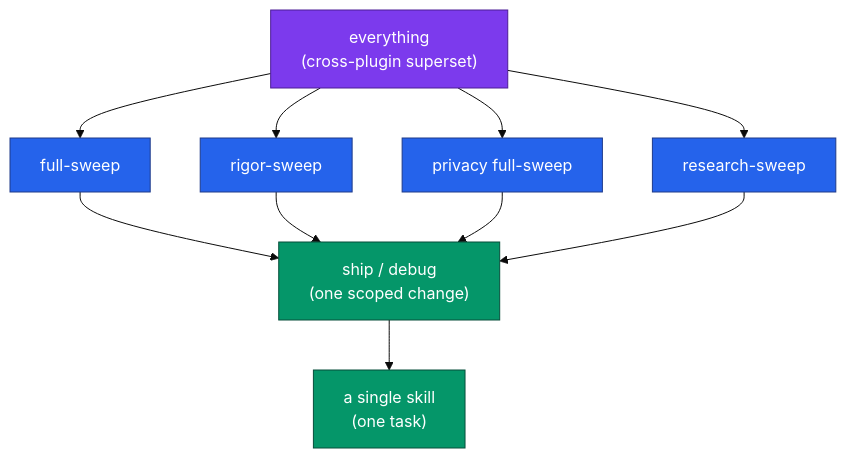
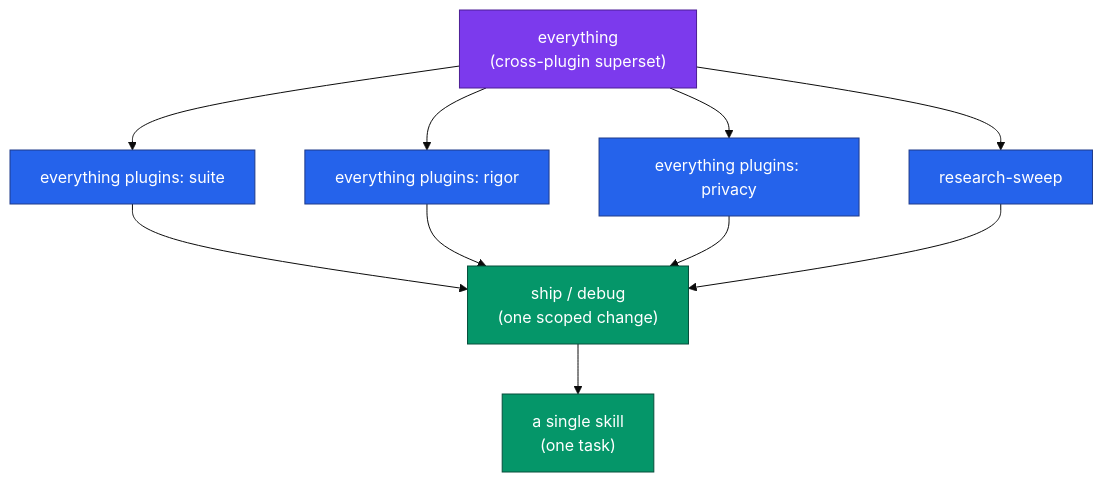
Before and after one commit to skylarsabo/code-ops: the first of 2 diagrams in code-ops-docs/40 Engineering/Handbook/09-cost-and-scoping.md, drawn with Mermaid (base theme). The commit also changed other lines of this file and 149 other files, not shown here.

````diff
--- a/code-ops-docs/40 Engineering/Handbook/09-cost-and-scoping.md
+++ b/code-ops-docs/40 Engineering/Handbook/09-cost-and-scoping.md
@@ -49,18 +49,18 @@
 ```mermaid
 flowchart TD
-    E["everything<br/>(cross-plugin superset)"] --> S1["full-sweep"]
-    E --> S2["rigor-sweep"]
-    E --> S3["privacy full-sweep"]
+    E["everything<br/>(cross-plugin superset)"] --> S1["everything plugins: suite"]
+    E --> S2["everything plugins: rigor"]
+    E --> S3["everything plugins: privacy"]
     E --> S4["research-sweep"]
     S1 --> C["ship / debug<br/>(one scoped change)"]
     S2 --> C
     S3 --> C
     S4 --> C
     C --> K["a single skill<br/>(one task)"]
     classDef big fill:#7c3aed,stroke:#4c1d95,color:#fff
     classDef mid fill:#2563eb,stroke:#1e3a8a,color:#fff
     classDef small fill:#059669,stroke:#064e3b,color:#fff
     class E big
     class S1,S2,S3,S4 mid
     class C,K small
 ```
````
